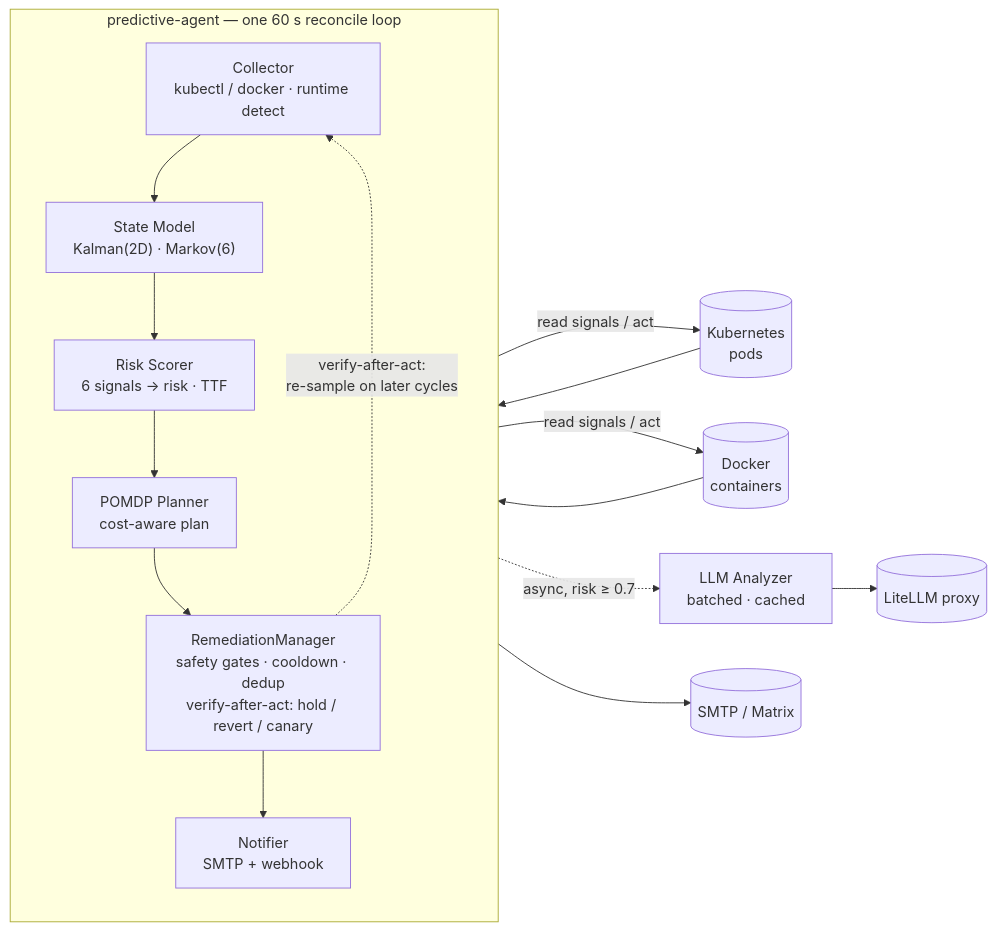
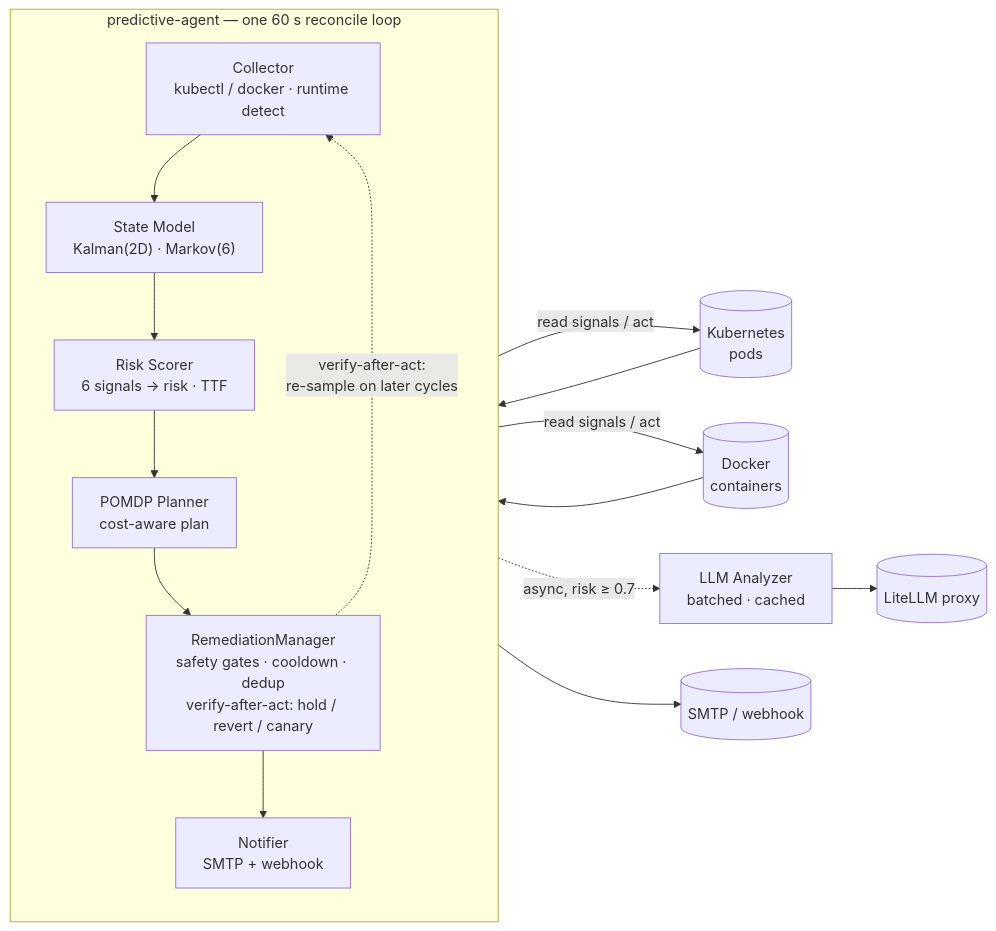
One commit to tobias-weiss-ai-xr/predictive-agent-public changed the diagram in README.md. Above: the diagram before and after it, drawn with Mermaid. The commit also changed other lines of this file and 9 other files, not shown here.

````diff
--- a/README.md
+++ b/README.md
@@ -27,22 +30,22 @@
 ```mermaid
 flowchart LR
     subgraph AG["predictive-agent — one 60 s reconcile loop"]
         direction TB
         COL["Collector<br/>kubectl / docker · runtime detect"]
         SM["State Model<br/>Kalman(2D) · Markov(6)"]
         RS["Risk Scorer<br/>6 signals → risk · TTF"]
         PL["POMDP Planner<br/>cost-aware plan"]
         RD["RemediationManager<br/>safety gates · cooldown · dedup<br/>verify-after-act: hold / revert / canary"]
         NF["Notifier<br/>SMTP + webhook"]
         COL --> SM --> RS --> PL --> RD --> NF
     end
 
     KP[("Kubernetes<br/>pods")] --> COL
     DC[("Docker<br/>containers")] --> COL
     RD -->|"read signals / act"| KP
     RD -->|"read signals / act"| DC
     RS -.->|"async, risk ≥ 0.7"| LA["LLM Analyzer<br/>batched · cached"]
     LA --> LL[("LiteLLM proxy")]
-    NF --> AL[("SMTP / Matrix")]
+    NF --> AL[("SMTP / webhook")]
     RD -.->|"verify-after-act:<br/>re-sample on later cycles"| COL
 ```
````
